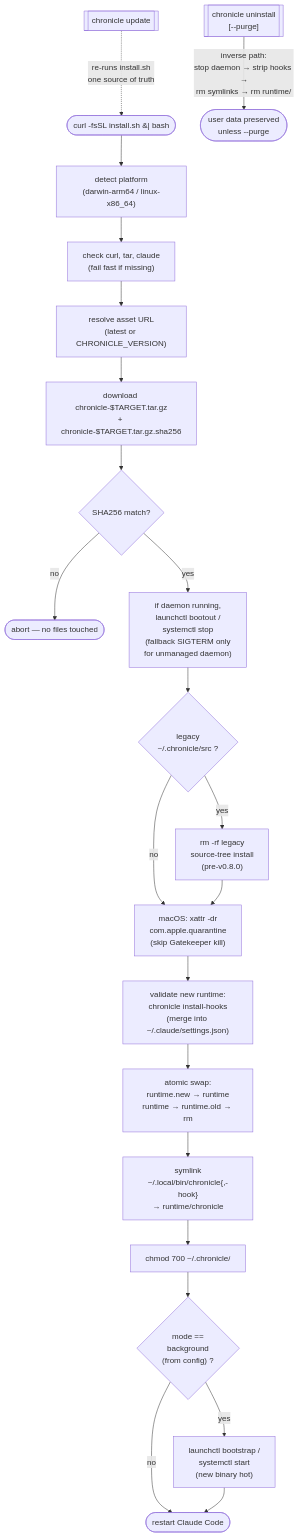
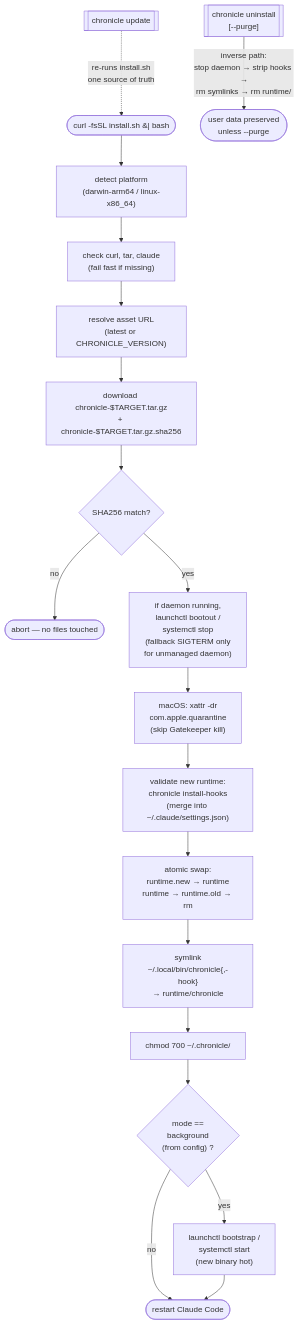
One commit to ehzawad/claudetalktoclaude changed the first of 7 diagrams in README.md. Above: the diagram before and after it, drawn with Mermaid. The commit also changed other lines of this file and 35 other files, not shown here.

````diff
--- a/README.md
+++ b/README.md
@@ -56,25 +58,22 @@
 ```mermaid
 flowchart TB
     START([curl -fsSL install.sh &#124; bash]) --> PLAT["detect platform<br/>(darwin-arm64 / linux-x86_64)"]
     PLAT --> DEPS["check curl, tar, claude<br/>(fail fast if missing)"]
     DEPS --> URLS["resolve asset URL<br/>(latest or CHRONICLE_VERSION)"]
     URLS --> DL["download chronicle-$TARGET.tar.gz<br/>+ chronicle-$TARGET.tar.gz.sha256"]
     DL --> VERIFY{"SHA256 match?"}
     VERIFY -->|no| ABORT([abort — no files touched])
     VERIFY -->|yes| STOPD["if daemon running,<br/>launchctl bootout /<br/>systemctl stop<br/>(fallback SIGTERM only<br/>for unmanaged daemon)"]
-    STOPD --> LEGACY{"legacy<br/>~/.chronicle/src ?"}
-    LEGACY -->|yes| WIPE["rm -rf legacy<br/>source-tree install<br/>(pre-v0.8.0)"]
-    LEGACY -->|no| QUAR
-    WIPE --> QUAR["macOS: xattr -dr<br/>com.apple.quarantine<br/>(skip Gatekeeper kill)"]
+    STOPD --> QUAR["macOS: xattr -dr<br/>com.apple.quarantine<br/>(skip Gatekeeper kill)"]
     QUAR --> HOOKS["validate new runtime:<br/>chronicle install-hooks<br/>(merge into ~/.claude/settings.json)"]
     HOOKS --> SWAP["atomic swap:<br/>runtime.new &rarr; runtime<br/>runtime &rarr; runtime.old &rarr; rm"]
     SWAP --> LINK["symlink<br/>~/.local/bin/chronicle{,-hook}<br/>&rarr; runtime/chronicle"]
     LINK --> CHMOD["chmod 700 ~/.chronicle/"]
     CHMOD --> BG{"mode ==<br/>background<br/>(from config) ?"}
     BG -->|yes| KICK["launchctl bootstrap /<br/>systemctl start<br/>(new binary hot)"]
     BG -->|no| DONE
     KICK --> DONE([restart Claude Code])
 
     CU[["chronicle update"]] -.->|re-runs install.sh<br/>one source of truth| START
     CUN[["chronicle uninstall<br/>[--purge]"]] -->|inverse path:<br/>stop daemon &rarr; strip hooks &rarr;<br/>rm symlinks &rarr; rm runtime/| CDN([user data preserved<br/>unless --purge])
 ```
````
